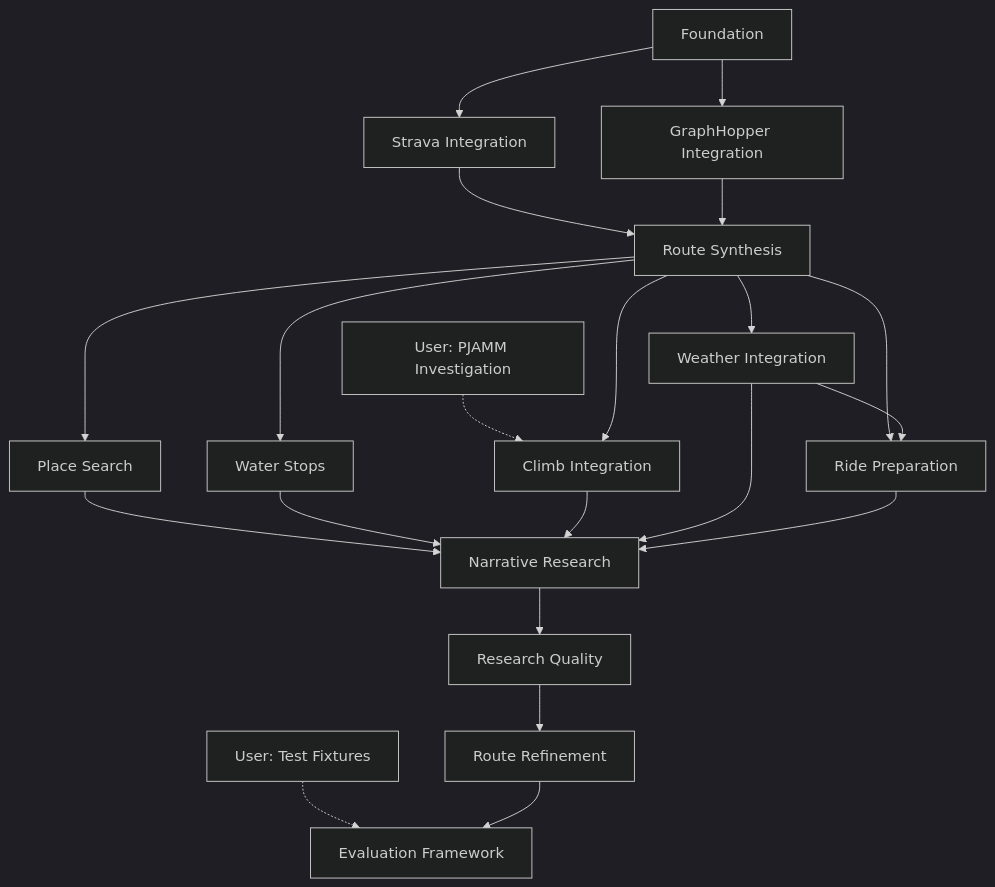
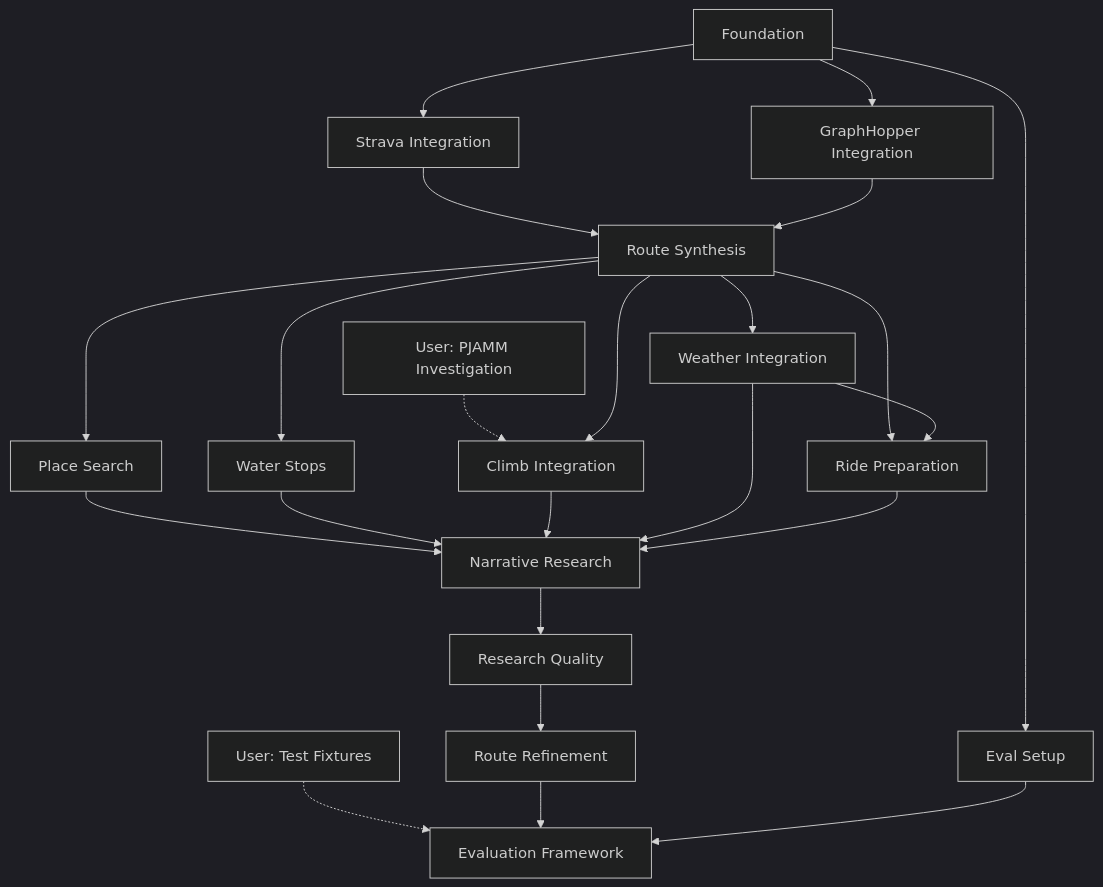
The diagram in specs/milestones.md (bendrucker/route-agent), drawn with Mermaid (dark theme) before and after one commit. The commit also changed other lines of this file and 9 other files, not shown here.

````diff
--- a/specs/milestones.md
+++ b/specs/milestones.md
@@ -258,29 +282,31 @@
 ```mermaid
 graph TD
     U1[User: Test Fixtures] -.-> Eval[Evaluation Framework]
     U2[User: PJAMM Investigation] -.-> Climb[Climb Integration]
 
     Found[Foundation] --> Strava[Strava Integration]
     Found --> GH[GraphHopper Integration]
+    Found --> EvalSetup[Eval Setup]
 
     Strava --> Synth[Route Synthesis]
     GH --> Synth
 
     Synth --> Places[Place Search]
     Synth --> Water[Water Stops]
     Synth --> Climb
     Synth --> Weather[Weather Integration]
 
     Synth --> Prep[Ride Preparation]
     Weather --> Prep
 
     Places --> Narr[Narrative Research]
     Water --> Narr
     Climb --> Narr
     Weather --> Narr
     Prep --> Narr
 
     Narr --> Quality[Research Quality]
     Quality --> Refine[Route Refinement]
     Refine --> Eval
+    EvalSetup --> Eval
 ```
````
